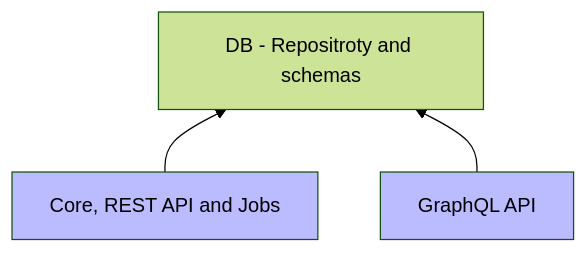
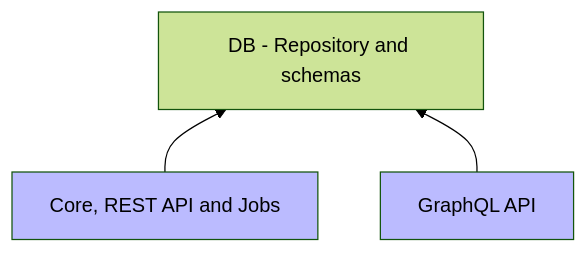
The first of 2 diagrams in README.md (CaptainFact/captain-fact-api), drawn with Mermaid (forest theme) before and after one commit. The commit also changed other lines of this file and 35 other files, not shown here.

````diff
--- a/README.md
+++ b/README.md
@@ -15,8 +26,8 @@
 ```mermaid
 graph BT;
-    CaptainFact[Core, REST API and Jobs] --> DB[DB - Repositroty and schemas];
+    CaptainFact[Core, REST API and Jobs] --> DB[DB - Repository and schemas];
     GraphQL[GraphQL API] --> DB;
     
     style CaptainFact fill:#BBF;
     style GraphQL fill:#BBF;
 ```
````
